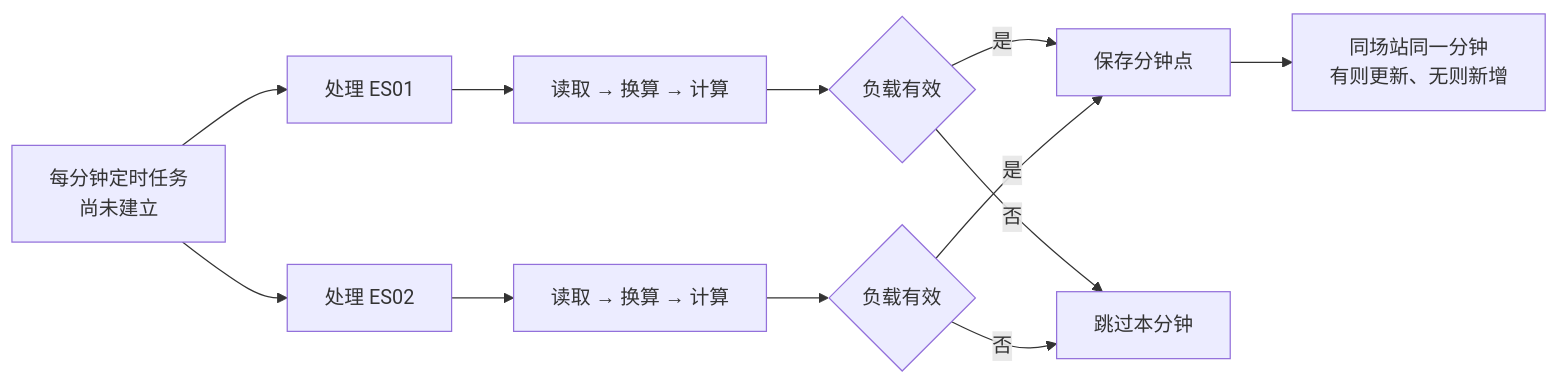
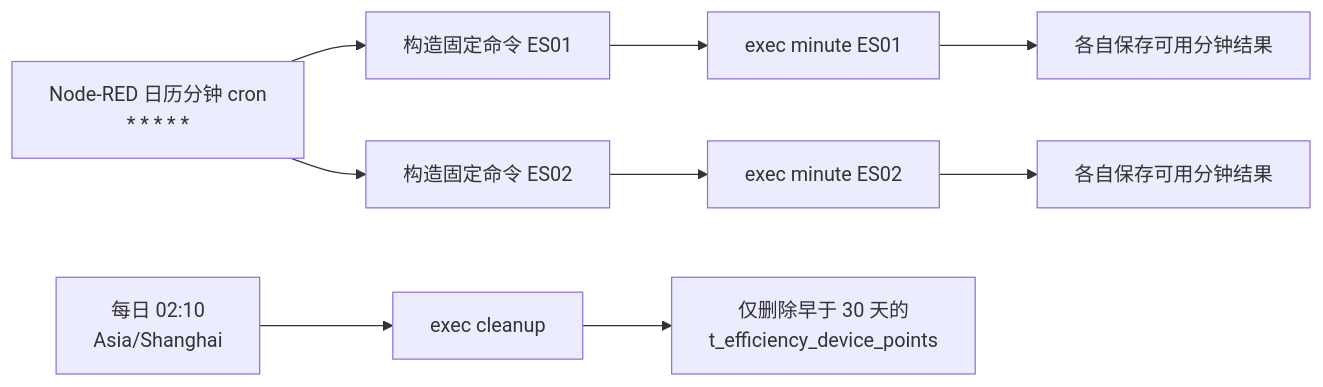
One commit to hua-js/vifa-en changed the second of 3 diagrams in m2/M2线上部署流程图.md. Above: the diagram before and after it, drawn with Mermaid. The commit also changed other lines of this file and 3 other files, not shown here.

Commit message:
docs: wire bottleneck automation flow

````diff
--- a/m2/M2线上部署流程图.md
+++ b/m2/M2线上部署流程图.md
@@ -57,14 +32,12 @@
 ```mermaid
 flowchart LR
-    A[每分钟定时任务<br/>尚未建立] --> B[处理 ES01]
-    A --> C[处理 ES02]
-    B --> D[读取 → 换算 → 计算]
-    C --> E[读取 → 换算 → 计算]
-    D --> F{负载有效}
-    E --> G{负载有效}
-    F -->|是| H[保存分钟点]
-    G -->|是| H
-    F -->|否| I[跳过本分钟]
-    G -->|否| I
-    H --> J[同场站同一分钟<br/>有则更新、无则新增]
+    A[Node-RED 日历分钟 cron<br/>* * * * *] --> B[构造固定命令 ES01]
+    A --> C[构造固定命令 ES02]
+    B --> D[exec minute ES01]
+    C --> E[exec minute ES02]
+    D --> F[各自保存可用分钟结果]
+    E --> G[各自保存可用分钟结果]
+
+    H[每日 02:10<br/>Asia/Shanghai] --> I[exec cleanup]
+    I --> J[仅删除早于 30 天的<br/>t_efficiency_device_points]
 ```
````
